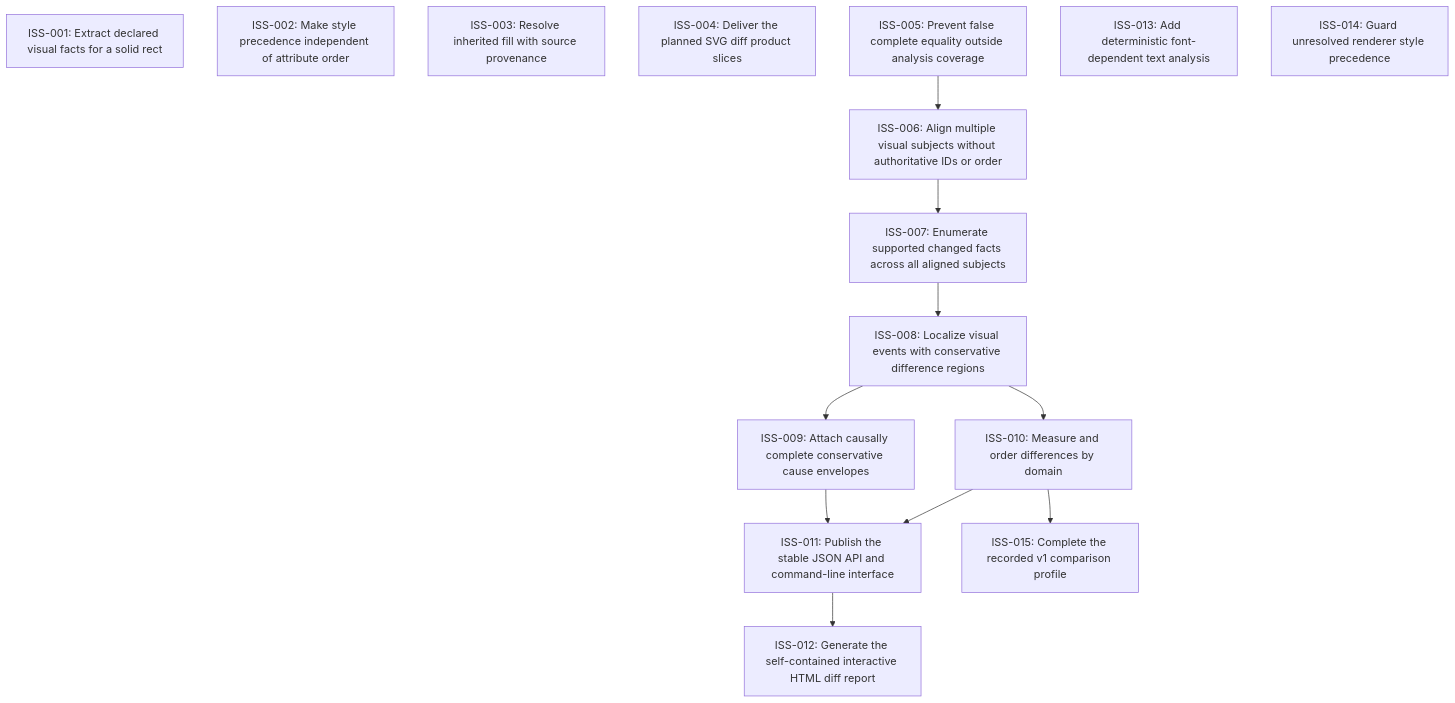
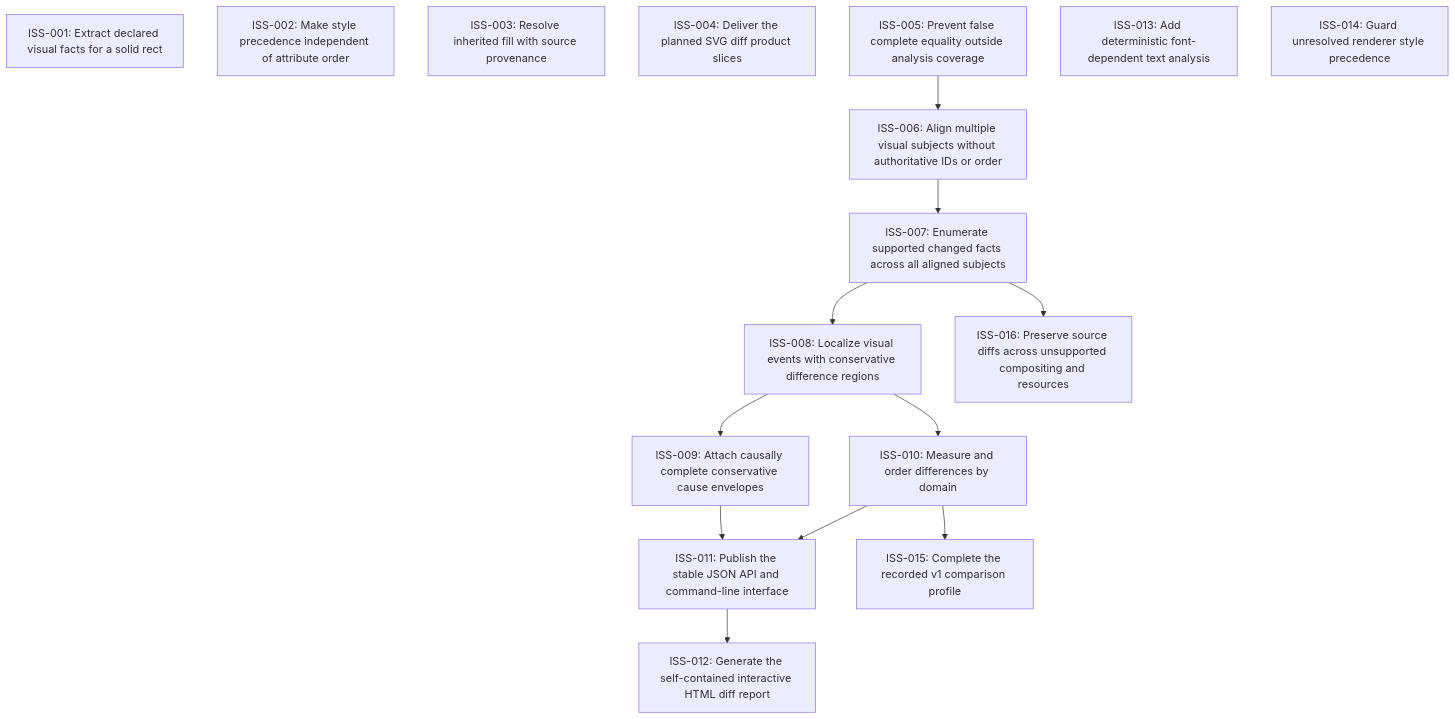
Before and after one commit to moonbit-community/svgdiff: the diagram in issues/README.md, drawn with Mermaid. The commit also changed 5 other files, not shown here.

Commit message:
Preserve unsupported group and gradient source diffs

````diff
--- a/issues/README.md
+++ b/issues/README.md
@@ -19,27 +19,29 @@
 ```mermaid
 graph TD
   ISS_001["ISS-001: Extract declared visual facts for a solid rect"]
   ISS_002["ISS-002: Make style precedence independent of attribute order"]
   ISS_003["ISS-003: Resolve inherited fill with source provenance"]
   ISS_004["ISS-004: Deliver the planned SVG diff product slices"]
   ISS_005["ISS-005: Prevent false complete equality outside analysis coverage"]
   ISS_006["ISS-006: Align multiple visual subjects without authoritative IDs or order"]
   ISS_007["ISS-007: Enumerate supported changed facts across all aligned subjects"]
   ISS_008["ISS-008: Localize visual events with conservative difference regions"]
   ISS_009["ISS-009: Attach causally complete conservative cause envelopes"]
   ISS_010["ISS-010: Measure and order differences by domain"]
   ISS_011["ISS-011: Publish the stable JSON API and command-line interface"]
   ISS_012["ISS-012: Generate the self-contained interactive HTML diff report"]
   ISS_013["ISS-013: Add deterministic font-dependent text analysis"]
   ISS_014["ISS-014: Guard unresolved renderer style precedence"]
   ISS_015["ISS-015: Complete the recorded v1 comparison profile"]
+  ISS_016["ISS-016: Preserve source diffs across unsupported compositing and resources"]
   ISS_005 --> ISS_006
   ISS_006 --> ISS_007
   ISS_007 --> ISS_008
   ISS_008 --> ISS_009
   ISS_008 --> ISS_010
   ISS_009 --> ISS_011
   ISS_010 --> ISS_011
   ISS_011 --> ISS_012
   ISS_010 --> ISS_015
+  ISS_007 --> ISS_016
 ```
````
